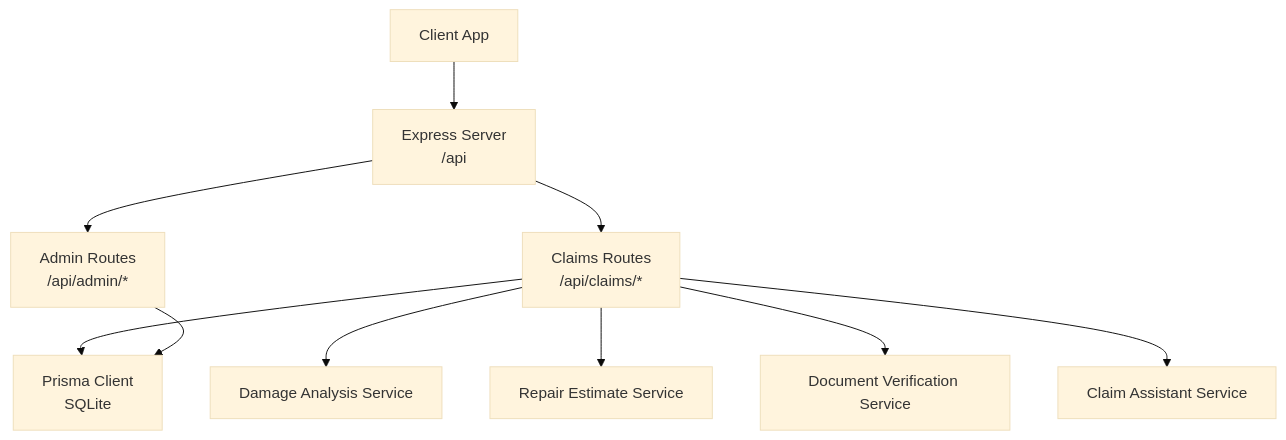
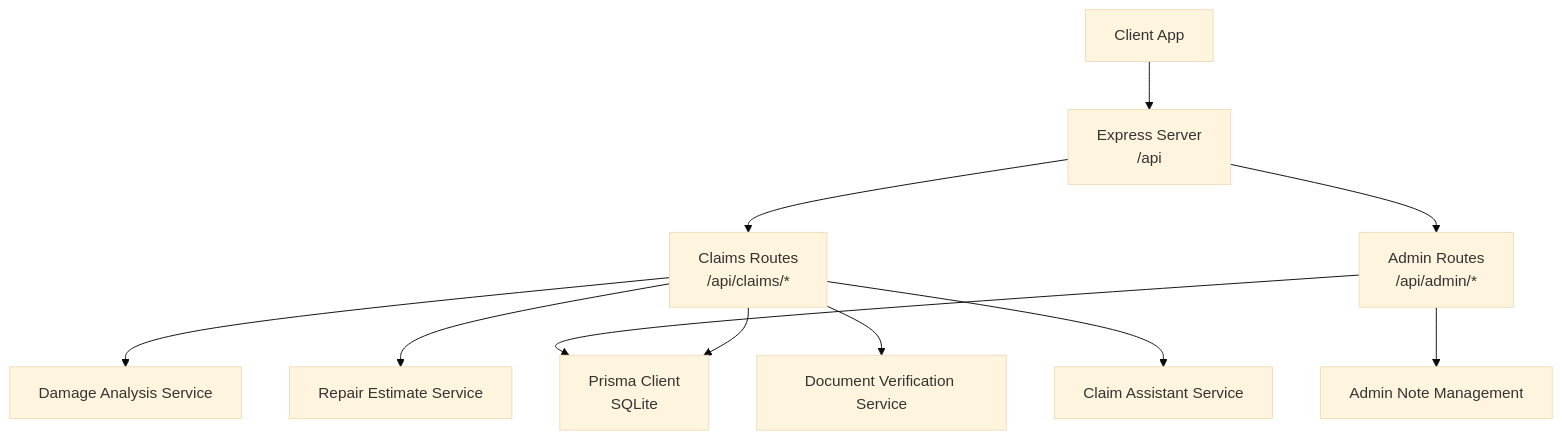
The first of 8 diagrams in .qoder/repowiki/en/content/Backend Documentation/API Endpoints Reference/Claims Processing Endpoints.md (NaveenHiranya/Smart-Vehicle-Insurance-Claim-System), drawn with Mermaid (base theme) before and after one commit. The commit also changed other lines of this file and 9 other files, not shown here.

````diff
--- a/.qoder/repowiki/en/content/Backend Documentation/API Endpoints Reference/Claims Processing Endpoints.md
+++ b/.qoder/repowiki/en/content/Backend Documentation/API Endpoints Reference/Claims Processing Endpoints.md
@@ -35,12 +43,13 @@
 ```mermaid
 graph TB
 Client["Client App"] --> API["Express Server<br/>/api"]
 API --> Claims["Claims Routes<br/>/api/claims/*"]
 API --> Admin["Admin Routes<br/>/api/admin/*"]
 Claims --> DB["Prisma Client<br/>SQLite"]
 Claims --> DamageSvc["Damage Analysis Service"]
 Claims --> RepairSvc["Repair Estimate Service"]
 Claims --> DocVerifySvc["Document Verification Service"]
 Claims --> ChatSvc["Claim Assistant Service"]
 Admin --> DB
+Admin --> Notes["Admin Note Management"]
 ```
````
